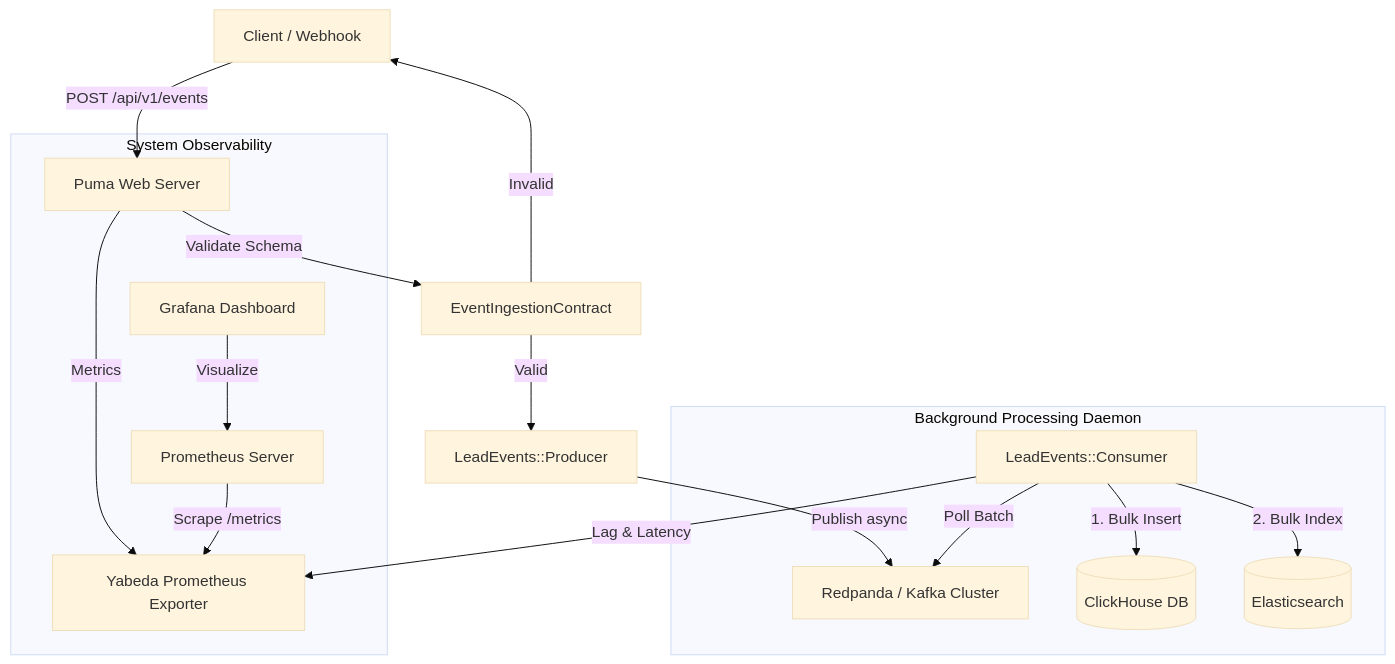
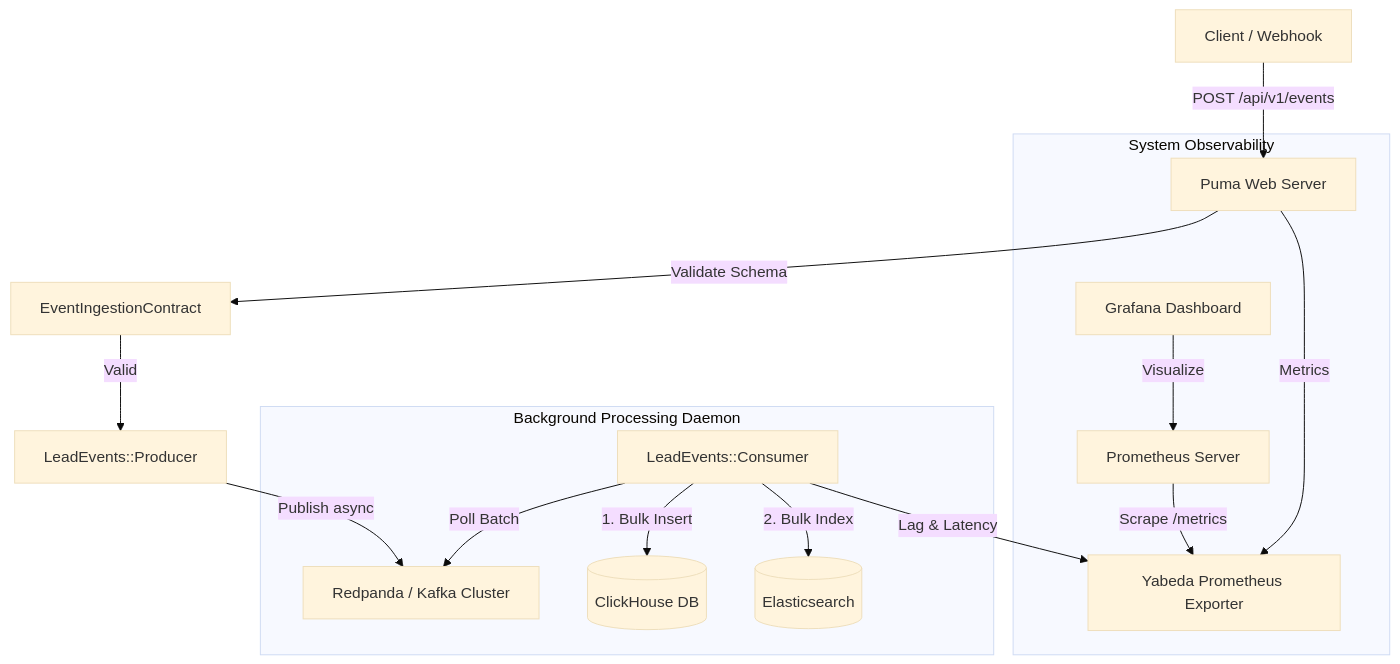
One commit to AugustoPresto/lead-streaming-service changed the second of 2 diagrams in README.md. Above: the diagram before and after it, drawn with Mermaid (base theme). The commit also changed other lines of this file and 2 other files, not shown here.

````diff
--- a/README.md
+++ b/README.md
@@ -14,21 +93,20 @@
 ```mermaid
 graph TD
     Client[Client / Webhook] -->|POST /api/v1/events| Puma[Puma Web Server]
     Puma -->|Validate Schema| Contract[EventIngestionContract]
     Contract -->|Valid| Producer[LeadEvents::Producer]
-    Contract -->|Invalid| Client
     Producer -->|Publish async| Redpanda[Redpanda / Kafka Cluster]
     
     subgraph Background Processing Daemon
         Consumer[LeadEvents::Consumer] -->|Poll Batch| Redpanda
         Consumer -->|1. Bulk Insert| ClickHouse[(ClickHouse DB)]
         Consumer -->|2. Bulk Index| Elasticsearch[(Elasticsearch)]
     end
     
     subgraph System Observability
         Puma -->|Metrics| Yabeda[Yabeda Prometheus Exporter]
         Consumer -->|Lag & Latency| Yabeda
         Prometheus[Prometheus Server] -->|Scrape /metrics| Yabeda
         Grafana[Grafana Dashboard] -->|Visualize| Prometheus
     end
 ```
````
